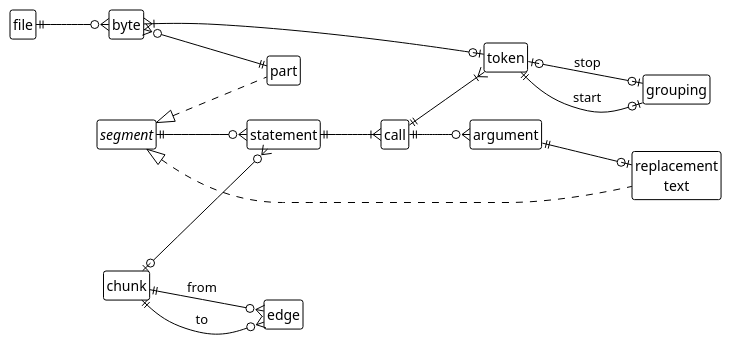
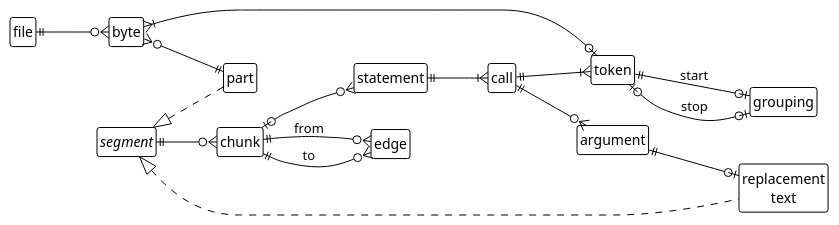
One commit to Witiko/expltools-tug25-paper changed the diagram in images/er-diagram.plantuml. Above: the diagram before and after it, drawn with PlantUML. The commit also changed other lines of this file and 1 other file, not shown here.

Commit message:
Update PlantUML sources

```diff
--- a/images/er-diagram.plantuml
+++ b/images/er-diagram.plantuml
@@ -3,39 +1,39 @@
 @startuml
 !theme plain
 
 left to right direction
 
 hide members
 hide circle
 
 class file
 class byte
 class part
 class token
 class grouping
 class call
 class statement
 class chunk
 class "replacement\ntext"
 class argument
 class edge
 
 interface segment
 segment <|.. part
 segment <|.. "replacement\ntext"
 
 file ||--o{ byte
 byte }o--|| part
 byte }|--o| token
 call ||--|{ token
 token ||--o| grouping : start
 token |o--o| grouping : stop
 statement ||--|{ call
 chunk |o--o{ statement
 call ||--o{ argument
 argument ||--o| "replacement\ntext"
-segment ||--o{ statement
+segment ||--o{ chunk
 chunk ||--o{ edge : from
 edge }o--|| chunk : to
 
 @enduml
```
